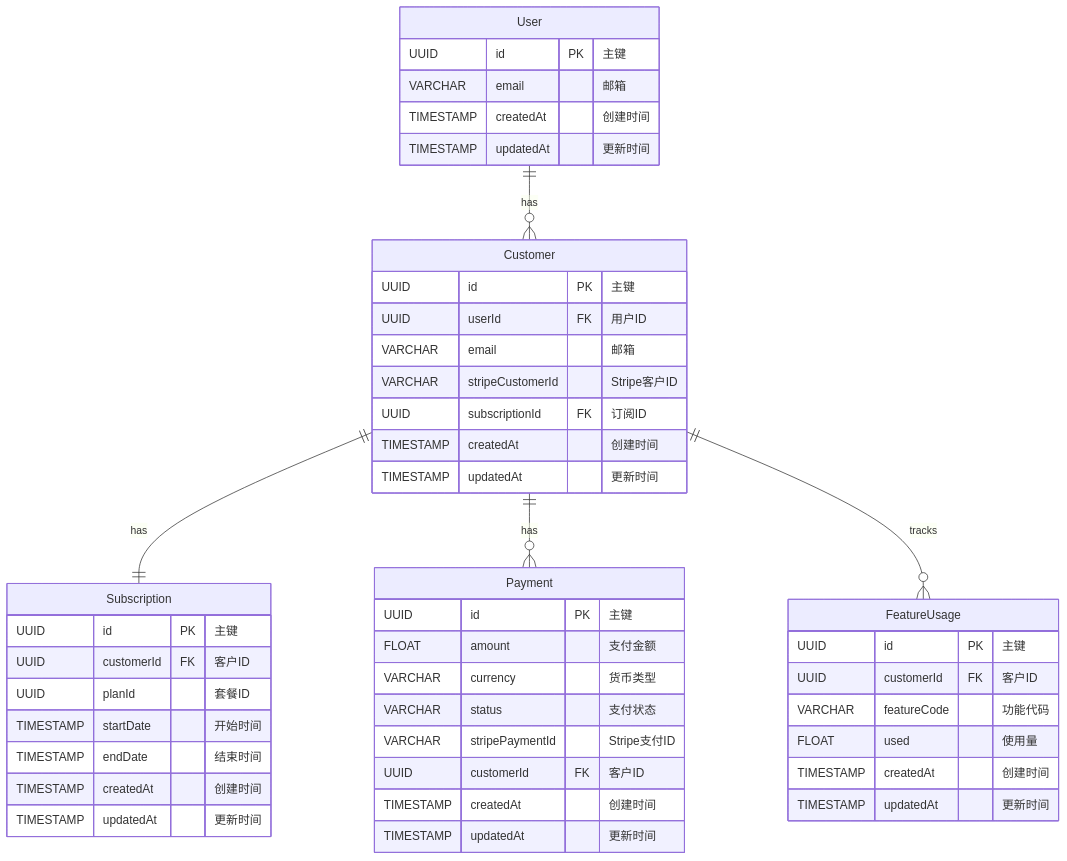
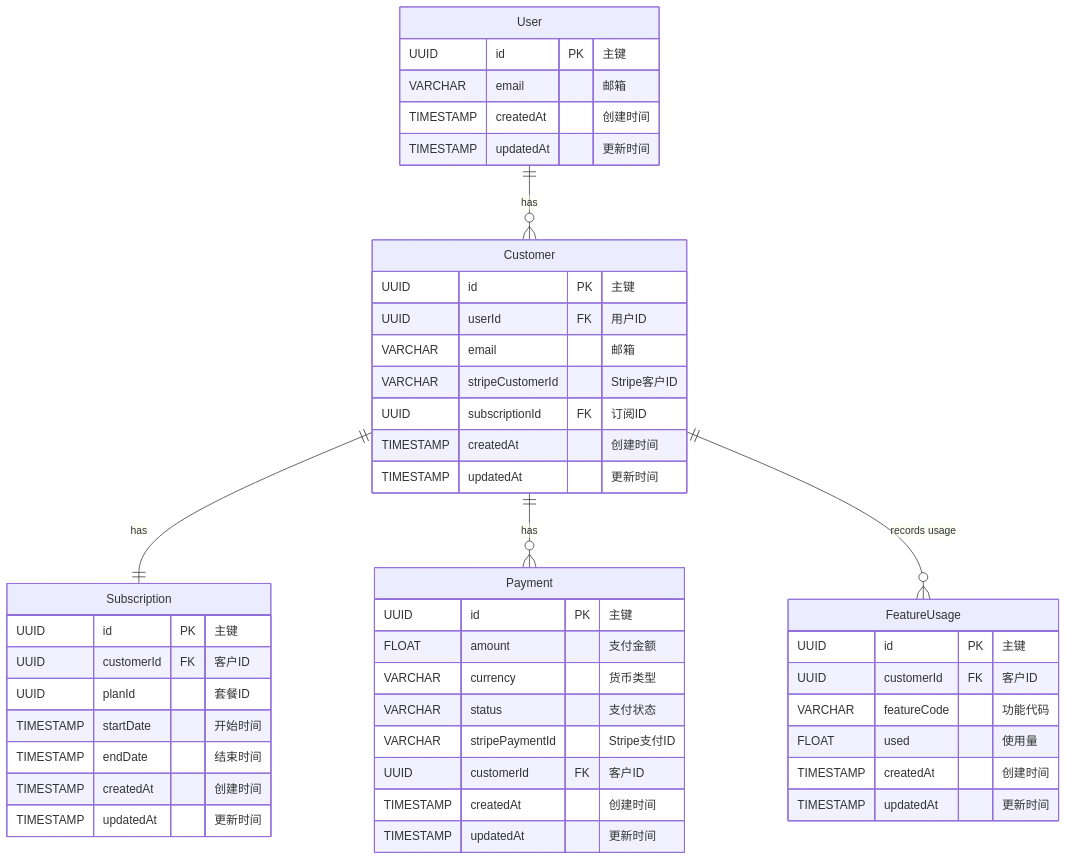
Before and after one commit to hi-fullmoon/stripe-demo: the diagram in test.md, drawn with Mermaid.

````diff
--- a/test.md
+++ b/test.md
@@ -5,55 +5,55 @@
 ```mermaid
 erDiagram
 
   User {
     UUID id PK "主键"
     VARCHAR email "邮箱"
     TIMESTAMP createdAt "创建时间"
     TIMESTAMP updatedAt "更新时间"
   }
 
   Customer {
     UUID id PK "主键"
     UUID userId FK "用户ID"
     VARCHAR email "邮箱"
     VARCHAR stripeCustomerId "Stripe客户ID"
     UUID subscriptionId FK "订阅ID"
     TIMESTAMP createdAt "创建时间"
     TIMESTAMP updatedAt "更新时间"
   }
 
   Subscription {
     UUID id PK "主键"
     UUID customerId FK "客户ID"
     UUID planId "套餐ID"
     TIMESTAMP startDate "开始时间"
     TIMESTAMP endDate "结束时间"
     TIMESTAMP createdAt "创建时间"
     TIMESTAMP updatedAt "更新时间"
   }
 
   Payment {
     UUID id PK "主键"
     FLOAT amount "支付金额"
     VARCHAR currency "货币类型"
     VARCHAR status "支付状态"
     VARCHAR stripePaymentId "Stripe支付ID"
     UUID customerId FK "客户ID"
     TIMESTAMP createdAt "创建时间"
     TIMESTAMP updatedAt "更新时间"
   }
 
   FeatureUsage {
     UUID id PK "主键"
     UUID customerId FK "客户ID"
     VARCHAR featureCode "功能代码"
     FLOAT used "使用量"
     TIMESTAMP createdAt "创建时间"
     TIMESTAMP updatedAt "更新时间"
   }
 
-  User ||--o{ Customer : has
-  Customer ||--|| Subscription : has
-  Customer ||--o{ Payment : has
-  Customer ||--o{ FeatureUsage : tracks
+  User ||--o{ Customer : "has"
+  Customer ||--|| Subscription : "has"
+  Customer ||--o{ Payment : "has"
+  Customer ||--o{ FeatureUsage : "records usage"
 ```
````
